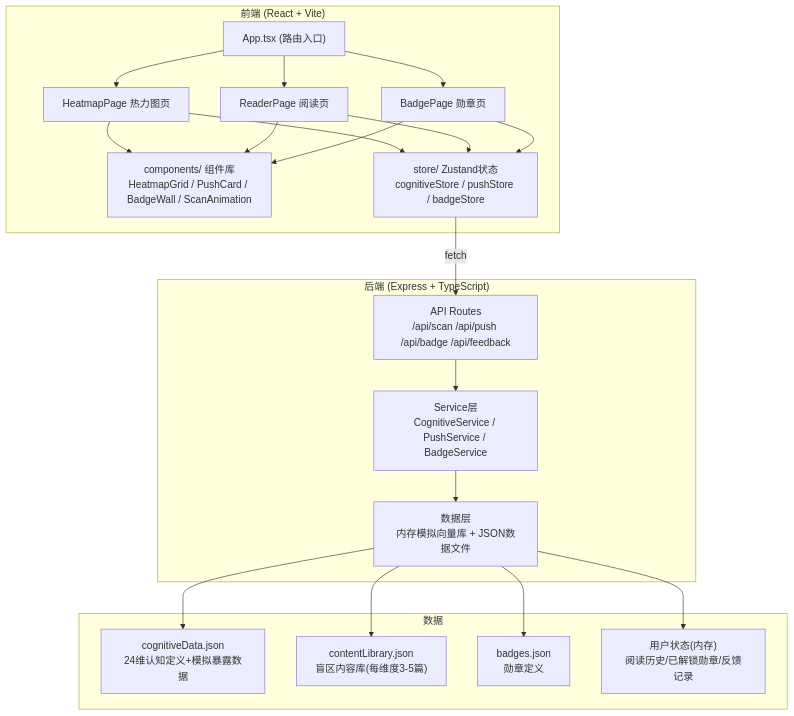
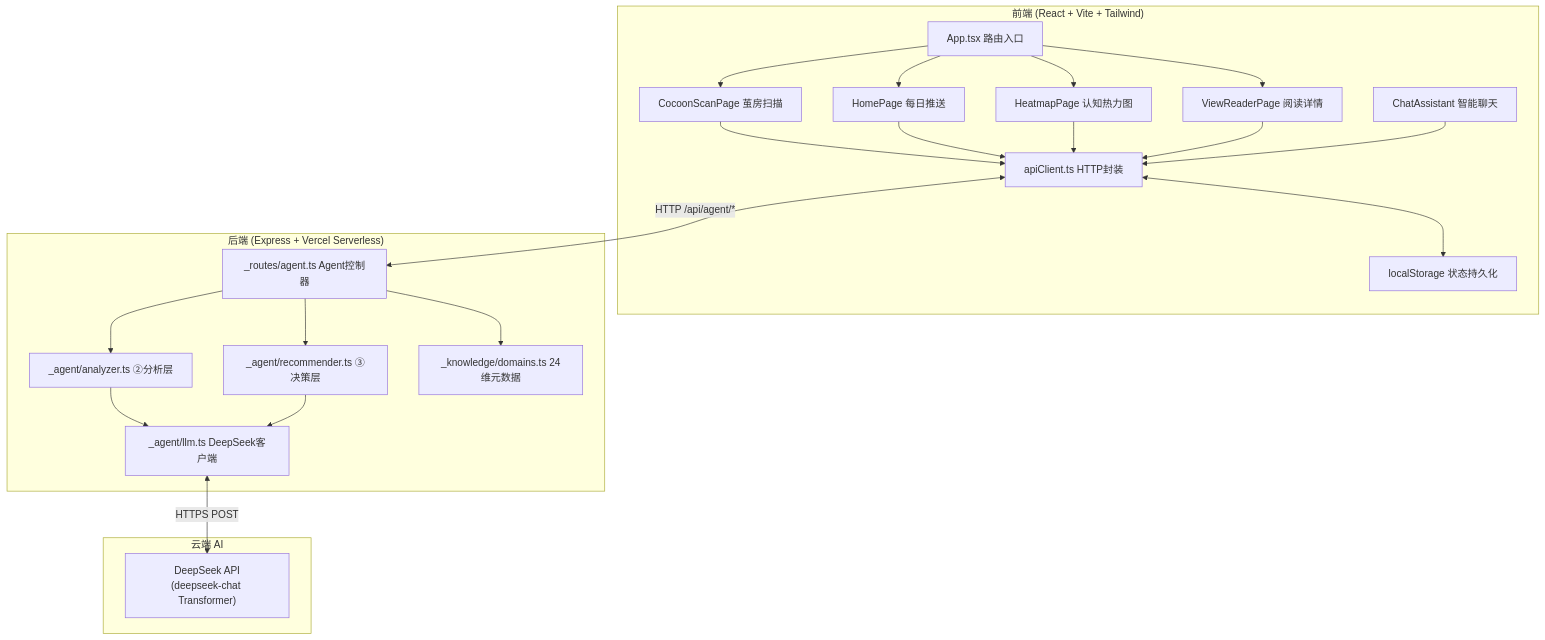
The first of 2 diagrams in .trae/documents/technical-architecture.md (haow9508-ctrl/cocoon-breaker), drawn with Mermaid before and after one commit. The commit also changed other lines of this file and 10 other files, not shown here.

````diff
--- a/.trae/documents/technical-architecture.md
+++ b/.trae/documents/technical-architecture.md
@@ -5,32 +11,35 @@
 ```mermaid
 flowchart TD
-    subgraph "前端 (React + Vite)"
-        A["App.tsx (路由入口)"]
-        B["HeatmapPage 热力图页"]
-        C["ReaderPage 阅读页"]
-        D["BadgePage 勋章页"]
-        E["components/ 组件库<br>HeatmapGrid / PushCard / BadgeWall / ScanAnimation"]
-        F["store/ Zustand状态<br>cognitiveStore / pushStore / badgeStore"]
+    subgraph "前端 (React + Vite + Tailwind)"
+        A["App.tsx 路由入口"]
+        B["CocoonScanPage 茧房扫描"]
+        C["HomePage 每日推送"]
+        D["HeatmapPage 认知热力图"]
+        E["ViewReaderPage 阅读详情"]
+        F["ChatAssistant 智能聊天"]
+        G["apiClient.ts HTTP封装"]
+        H["localStorage 状态持久化"]
     end
 
-    subgraph "后端 (Express + TypeScript)"
-        G["API Routes<br>/api/scan /api/push /api/badge /api/feedback"]
-        H["Service层<br>CognitiveService / PushService / BadgeService"]
-        I["数据层<br>内存模拟向量库 + JSON数据文件"]
+    subgraph "后端 (Express + Vercel Serverless)"
+        I["_routes/agent.ts Agent控制器"]
+        J["_agent/analyzer.ts ②分析层"]
+        K["_agent/recommender.ts ③决策层"]
+        L["_agent/llm.ts DeepSeek客户端"]
+        M["_knowledge/domains.ts 24维元数据"]
     end
 
-    subgraph "数据"
-        J["cognitiveData.json<br>24维认知定义+模拟暴露数据"]
-        K["contentLibrary.json<br>盲区内容库(每维度3-5篇)"]
-        L["badges.json<br>勋章定义"]
-        M["用户状态(内存)<br>阅读历史/已解锁勋章/反馈记录"]
+    subgraph "云端 AI"
+        N["DeepSeek API\n(deepseek-chat Transformer)"]
     end
 
-    A --> B & C & D
-    B & C & D --> E
-    B & C & D --> F
-    F -->|"fetch"| G
-    G --> H
-    H --> I
-    I --> J & K & L & M
+    A --> B & C & D & E
+    B & C & D & E & F --> G
+    G <-->|"HTTP /api/agent/*"| I
+    G <--> H
+    I --> J & K
+    J --> L
+    K --> L
+    L <-->|"HTTPS POST"| N
+    I --> M
 ```
````
